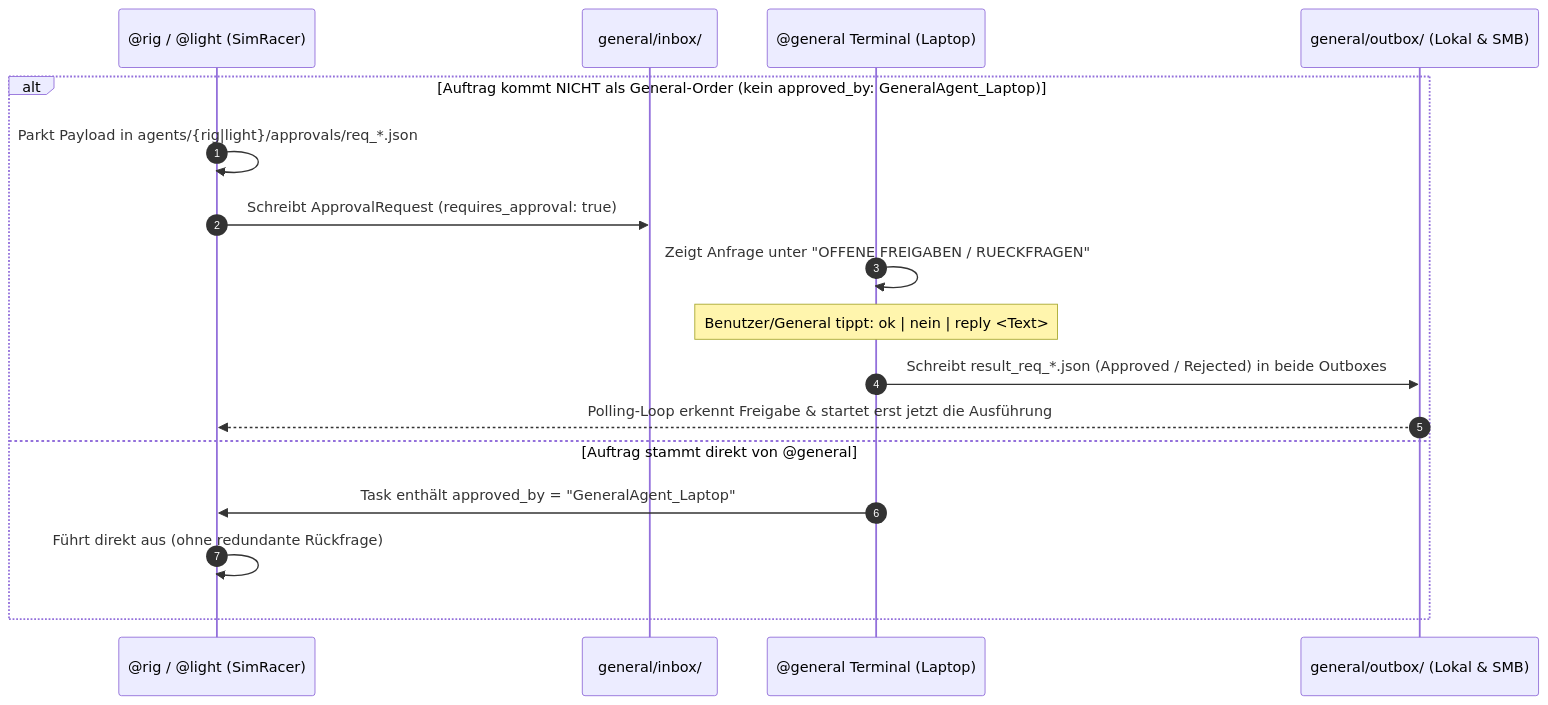
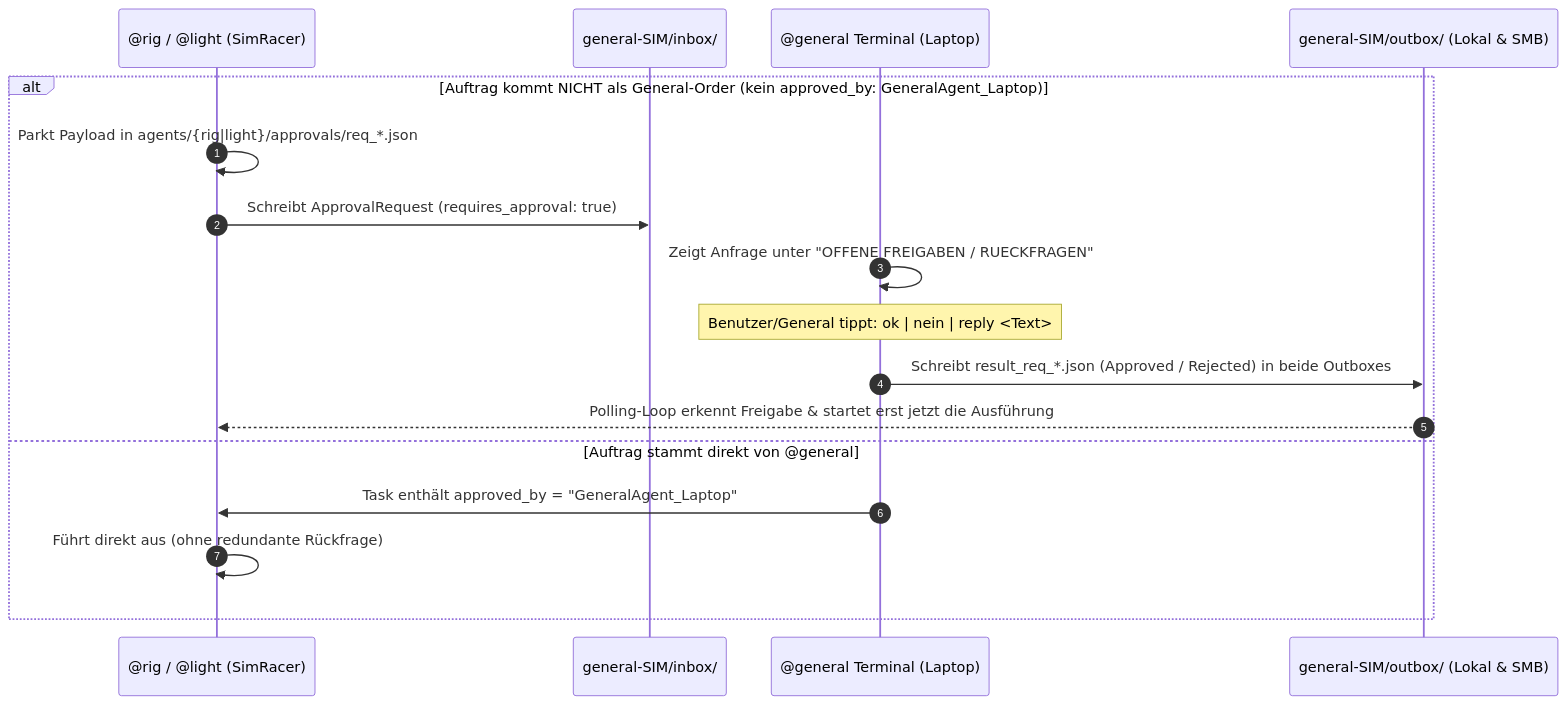
Before and after one commit to mestuermer-svg/first: the second of 2 diagrams in Doku/05_Agents/05_workspace-schnittstelle-simracer-und-agenten-terminals.md, drawn with Mermaid. The commit also changed other lines of this file and 58 other files, not shown here.

````diff
--- a/Doku/05_Agents/05_workspace-schnittstelle-simracer-und-agenten-terminals.md
+++ b/Doku/05_Agents/05_workspace-schnittstelle-simracer-und-agenten-terminals.md
@@ -236,20 +236,20 @@
 ```mermaid
 sequenceDiagram
     autonumber
     participant S as @rig / @light (SimRacer)
-    participant GI as general/inbox/
+    participant GI as general-SIM/inbox/
     participant G as @general Terminal (Laptop)
-    participant GO as general/outbox/ (Lokal & SMB)
+    participant GO as general-SIM/outbox/ (Lokal & SMB)
 
     alt Auftrag kommt NICHT als General-Order (kein approved_by: GeneralAgent_Laptop)
         S->>S: Parkt Payload in agents/{rig|light}/approvals/req_*.json
         S->>GI: Schreibt ApprovalRequest (requires_approval: true)
         G->>G: Zeigt Anfrage unter "OFFENE FREIGABEN / RUECKFRAGEN"
         Note over G: Benutzer/General tippt: ok | nein | reply <Text>
         G->>GO: Schreibt result_req_*.json (Approved / Rejected) in beide Outboxes
         GO-->>S: Polling-Loop erkennt Freigabe & startet erst jetzt die Ausführung
     else Auftrag stammt direkt von @general
         G->>S: Task enthält approved_by = "GeneralAgent_Laptop"
         S->>S: Führt direkt aus (ohne redundante Rückfrage)
     end
 ```
````
